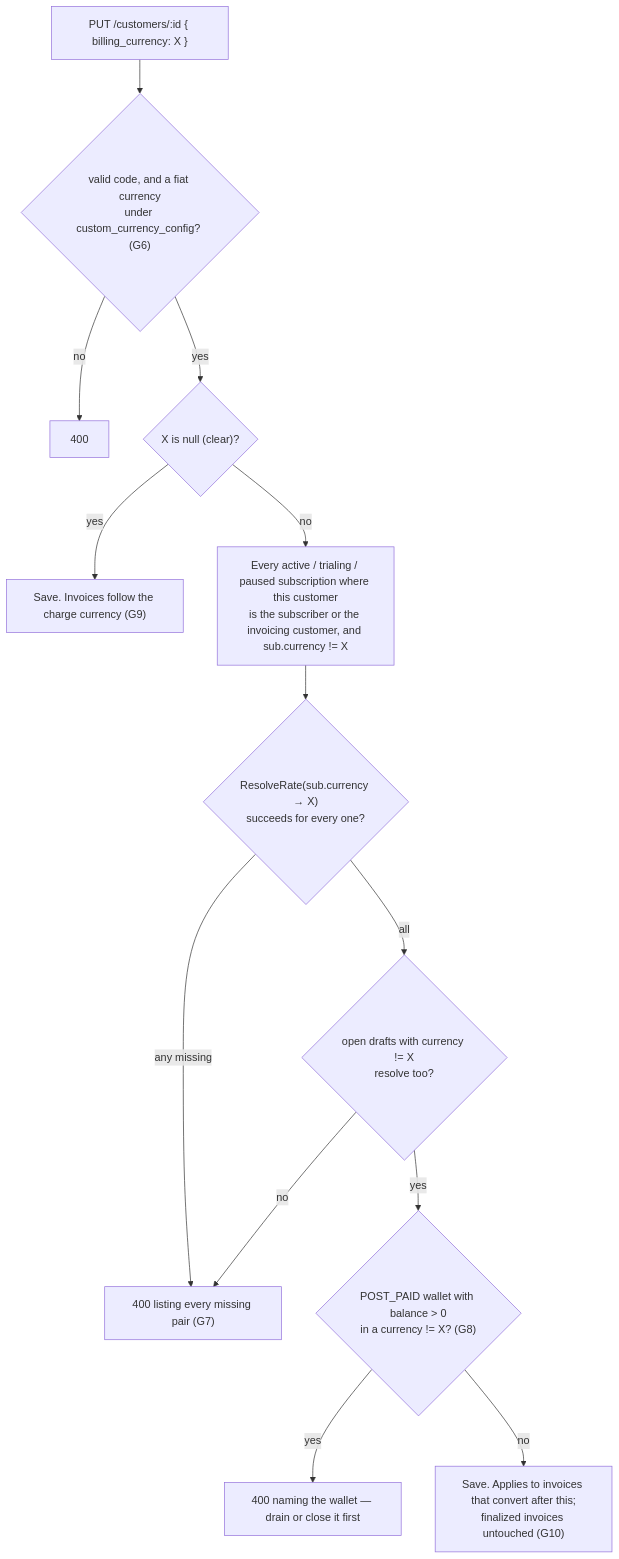
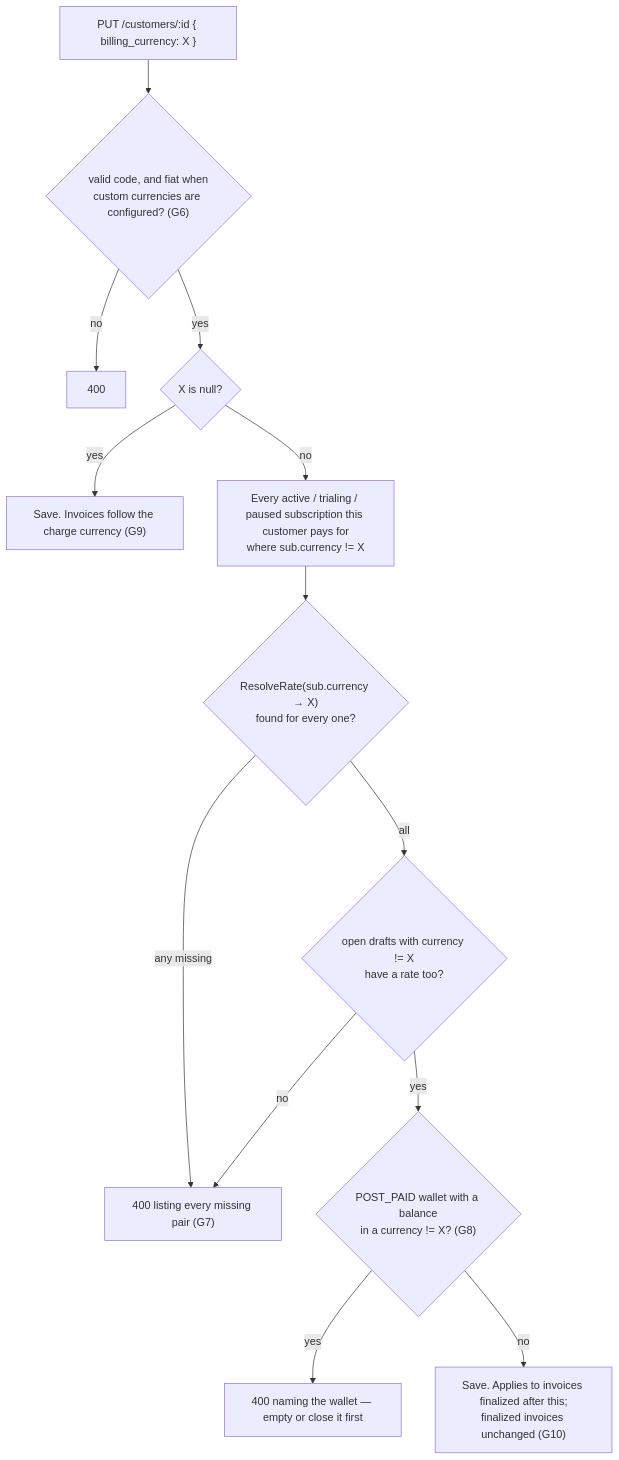
One commit to aghijap/flexprice-FLE-1411 changed the fifth of 7 diagrams in docs/design/2026-09-26-FLE-1383-adaptive-multi-currency-phase1-erd.md. Above: the diagram before and after it, drawn with Mermaid. The commit also changed other lines of this file and 1 other file, not shown here.

````diff
--- a/docs/design/2026-09-26-FLE-1383-adaptive-multi-currency-phase1-erd.md
+++ b/docs/design/2026-09-26-FLE-1383-adaptive-multi-currency-phase1-erd.md
@@ -753,15 +740,15 @@
 ```mermaid
 flowchart TD
-    A["PUT /customers/:id { billing_currency: X }"] --> V{"valid code, and a fiat currency<br/>under custom_currency_config? (G6)"}
+    A["PUT /customers/:id { billing_currency: X }"] --> V{"valid code, and fiat when<br/>custom currencies are configured? (G6)"}
     V -- no --> R1["400"]
-    V -- yes --> N{"X is null (clear)?"}
+    V -- yes --> N{"X is null?"}
     N -- yes --> OK["Save. Invoices follow the charge currency (G9)"]
-    N -- no --> SUBS["Every active / trialing / paused subscription where this customer<br/>is the subscriber or the invoicing customer, and sub.currency != X"]
-    SUBS --> RR{"ResolveRate(sub.currency → X)<br/>succeeds for every one?"}
+    N -- no --> SUBS["Every active / trialing / paused subscription this customer pays for<br/>where sub.currency != X"]
+    SUBS --> RR{"ResolveRate(sub.currency → X)<br/>found for every one?"}
     RR -- "any missing" --> R2["400 listing every missing pair (G7)"]
-    RR -- all --> DR{"open drafts with currency != X<br/>resolve too?"}
+    RR -- all --> DR{"open drafts with currency != X<br/>have a rate too?"}
     DR -- no --> R2
-    DR -- yes --> PW{"POST_PAID wallet with balance > 0<br/>in a currency != X? (G8)"}
-    PW -- yes --> R3["400 naming the wallet — drain or close it first"]
-    PW -- no --> OK2["Save. Applies to invoices that convert after this;<br/>finalized invoices untouched (G10)"]
+    DR -- yes --> PW{"POST_PAID wallet with a balance<br/>in a currency != X? (G8)"}
+    PW -- yes --> R3["400 naming the wallet — empty or close it first"]
+    PW -- no --> OK2["Save. Applies to invoices finalized after this;<br/>finalized invoices unchanged (G10)"]
 ```
````
